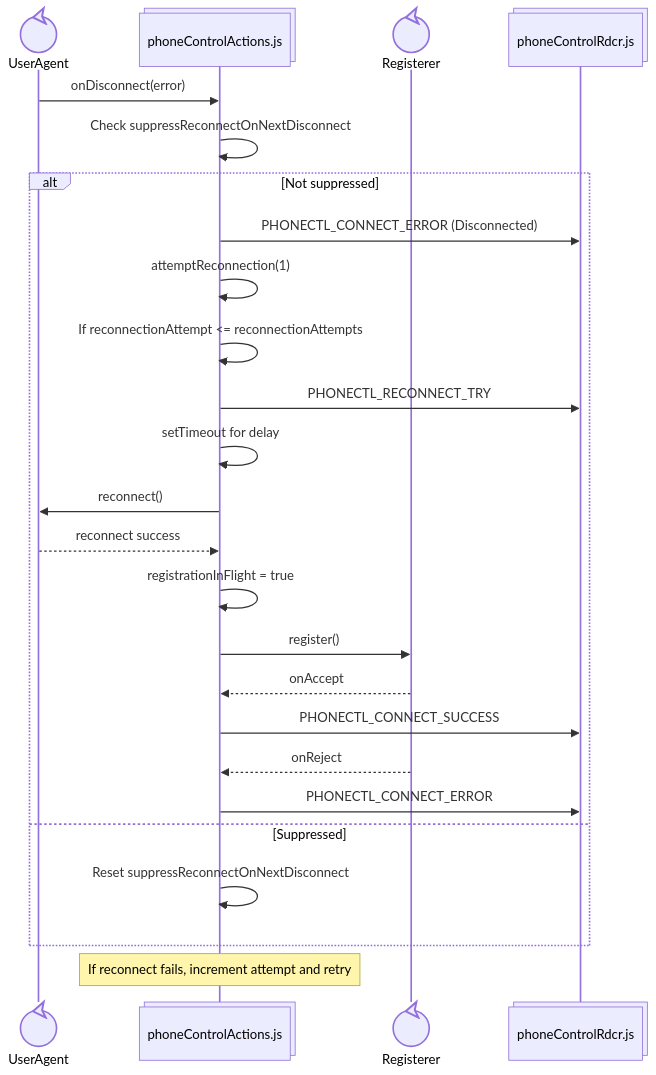
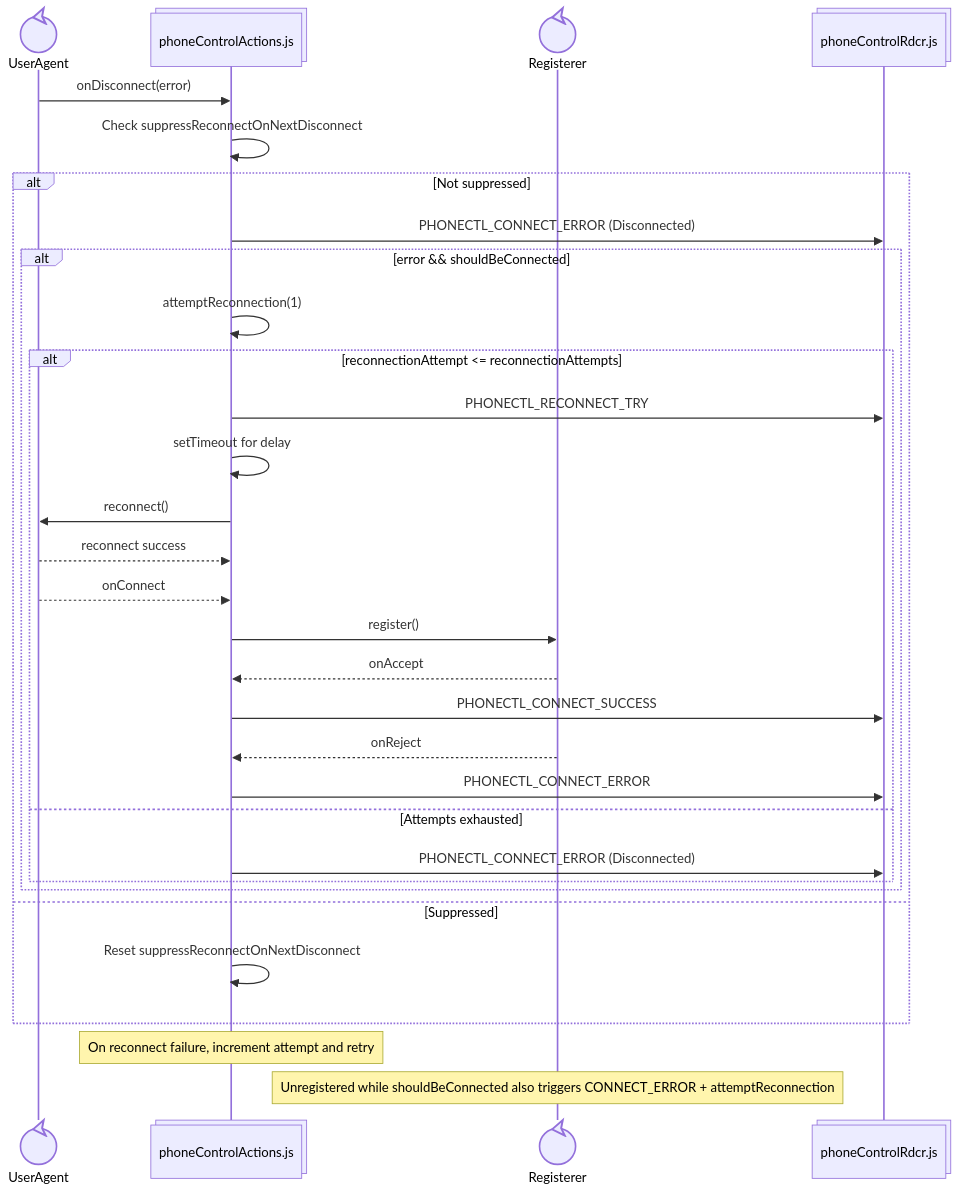
The fourth of 6 diagrams in phone/README.md (ars-anosov/sipjs-react), drawn with Mermaid before and after one commit. The commit also changed other lines of this file, not shown here.

````diff
--- a/phone/README.md
+++ b/phone/README.md
@@ -77,28 +112,34 @@
 ```mermaid
 sequenceDiagram
   participant UserAgent@{ "type" : "control" }
   participant Action@{ "type" : "collections", "alias": "phoneControlActions.js" }
   participant Registerer@{ "type" : "control" }
-  participant Dispatch@{ "type" : "collections", "alias": "phoneControlRdcr.js"  }
+  participant Dispatch@{ "type" : "collections", "alias": "phoneControlRdcr.js" }
 
   UserAgent->>Action: onDisconnect(error)
   Action->>Action: Check suppressReconnectOnNextDisconnect
   alt Not suppressed
     Action->>Dispatch: PHONECTL_CONNECT_ERROR (Disconnected)
-    Action->>Action: attemptReconnection(1)
-    Action->>Action: If reconnectionAttempt <= reconnectionAttempts
-    Action->>Dispatch: PHONECTL_RECONNECT_TRY
-    Action->>Action: setTimeout for delay
-    Action->>UserAgent: reconnect()
-    UserAgent-->>Action: reconnect success
-    Action->>Action: registrationInFlight = true
-    Action->>Registerer: register()
-    Registerer-->>Action: onAccept
-    Action->>Dispatch: PHONECTL_CONNECT_SUCCESS
-    Registerer-->>Action: onReject
-    Action->>Dispatch: PHONECTL_CONNECT_ERROR
+    alt error && shouldBeConnected
+      Action->>Action: attemptReconnection(1)
+      alt reconnectionAttempt <= reconnectionAttempts
+        Action->>Dispatch: PHONECTL_RECONNECT_TRY
+        Action->>Action: setTimeout for delay
+        Action->>UserAgent: reconnect()
+        UserAgent-->>Action: reconnect success
+        UserAgent-->>Action: onConnect
+        Action->>Registerer: register()
+        Registerer-->>Action: onAccept
+        Action->>Dispatch: PHONECTL_CONNECT_SUCCESS
+        Registerer-->>Action: onReject
+        Action->>Dispatch: PHONECTL_CONNECT_ERROR
+      else Attempts exhausted
+        Action->>Dispatch: PHONECTL_CONNECT_ERROR (Disconnected)
+      end
+    end
   else Suppressed
     Action->>Action: Reset suppressReconnectOnNextDisconnect
   end
-  Note over Action: If reconnect fails, increment attempt and retry
+  Note over Action: On reconnect failure, increment attempt and retry
+  Note over Registerer: Unregistered while shouldBeConnected also triggers CONNECT_ERROR + attemptReconnection
 ```
````
